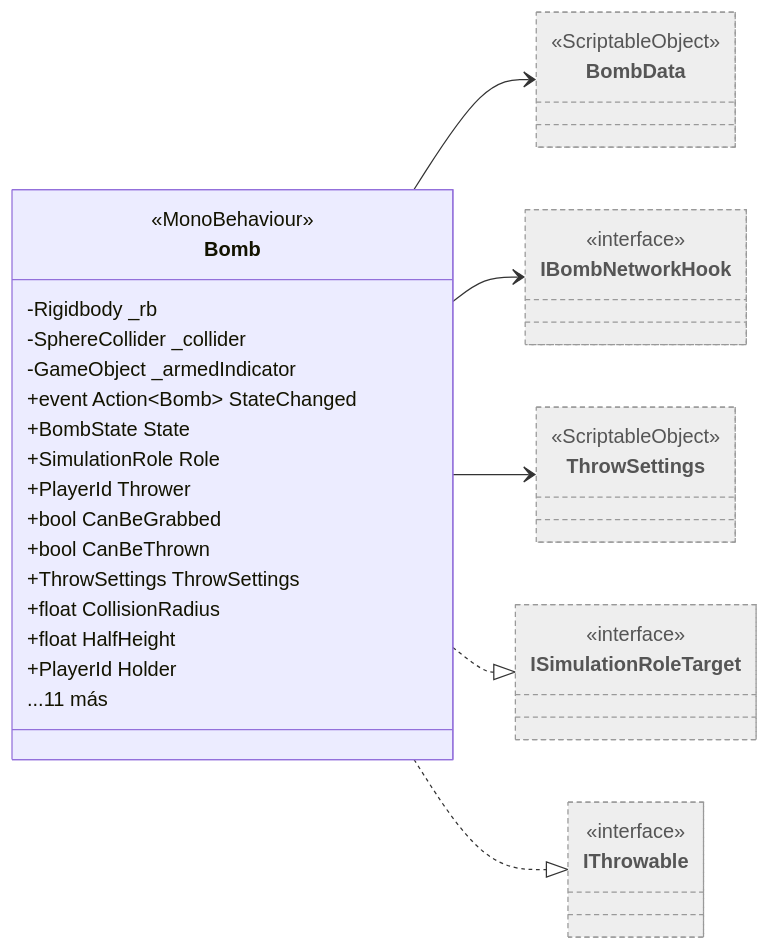
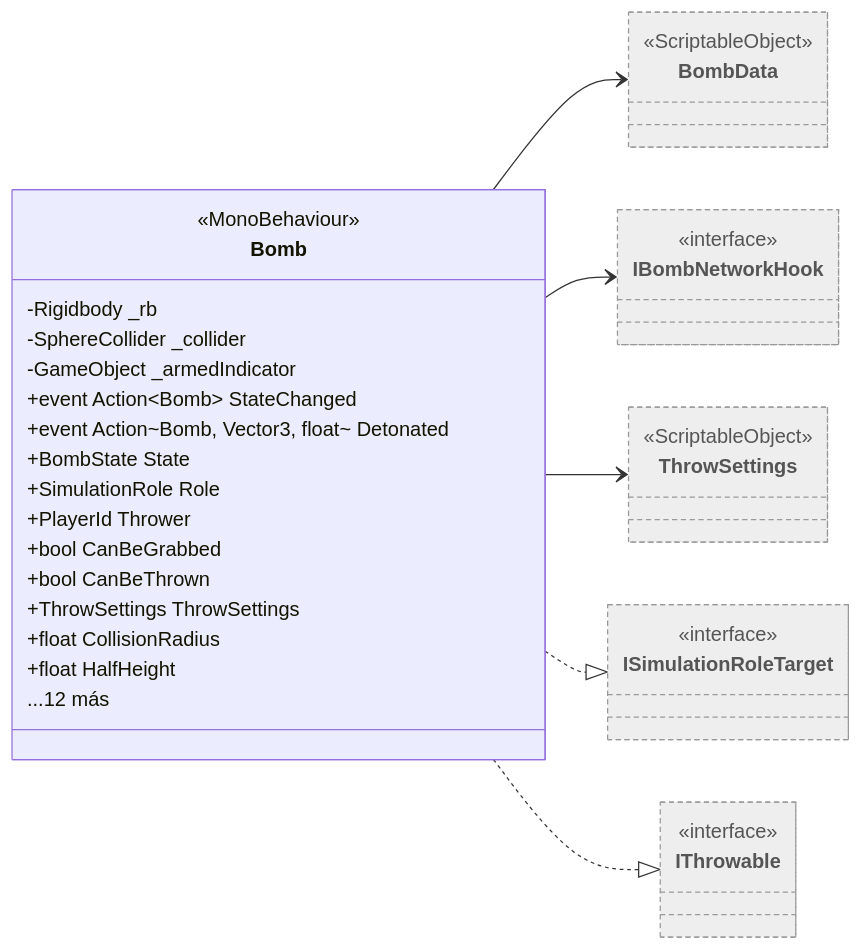
The diagram in Docs/Arquitectura/Clases/Items/Bomb.md (Chacashi/Alien-Farms), drawn with Mermaid before and after one commit. The commit also changed other lines of this file and 257 other files, not shown here.

````diff
--- a/Docs/Arquitectura/Clases/Items/Bomb.md
+++ b/Docs/Arquitectura/Clases/Items/Bomb.md
@@ -18,37 +18,37 @@
 ```mermaid
 classDiagram
   direction LR
   class Bomb {
     <<MonoBehaviour>>
     -Rigidbody _rb
     -SphereCollider _collider
     -GameObject _armedIndicator
     +event Action~Bomb~ StateChanged
+    +event Action~Bomb, Vector3, float~ Detonated
     +BombState State
     +SimulationRole Role
     +PlayerId Thrower
     +bool CanBeGrabbed
     +bool CanBeThrown
     +ThrowSettings ThrowSettings
     +float CollisionRadius
     +float HalfHeight
-    +PlayerId Holder
-    ...11 más
+    ...12 más
   }
   class BombData:::external
   <<ScriptableObject>> BombData
   class IBombNetworkHook:::external
   <<interface>> IBombNetworkHook
   class ISimulationRoleTarget:::external
   <<interface>> ISimulationRoleTarget
   class IThrowable:::external
   <<interface>> IThrowable
   class ThrowSettings:::external
   <<ScriptableObject>> ThrowSettings
   Bomb --> BombData
   Bomb --> IBombNetworkHook
   Bomb --> ThrowSettings
   Bomb ..|> ISimulationRoleTarget
   Bomb ..|> IThrowable
   classDef external fill:#eee,stroke:#999,stroke-dasharray: 4 3,color:#555
 ```
````
